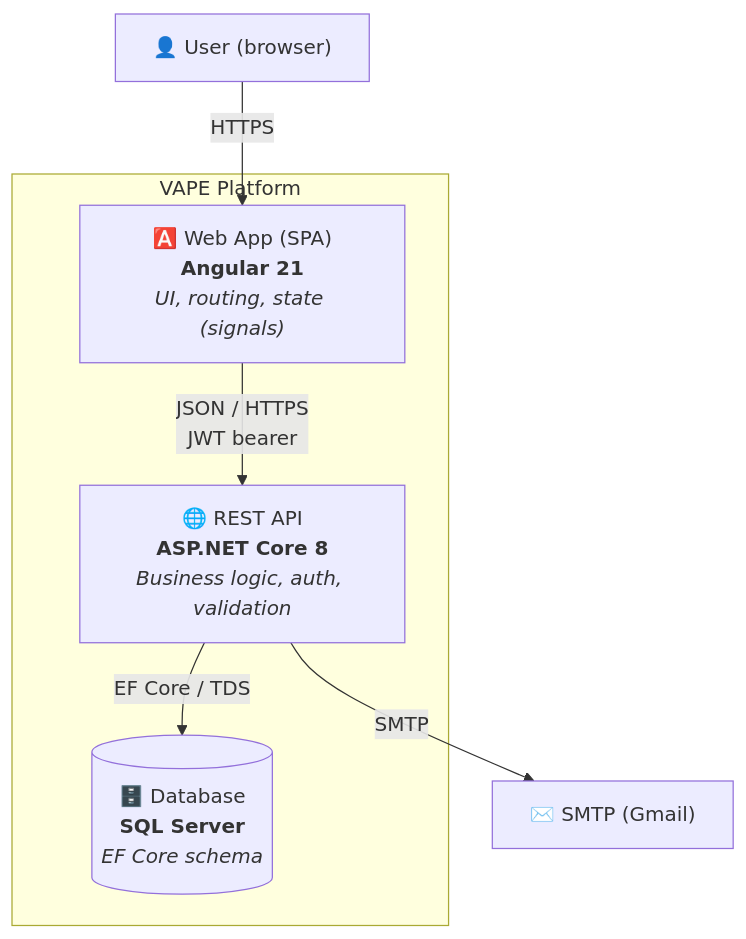
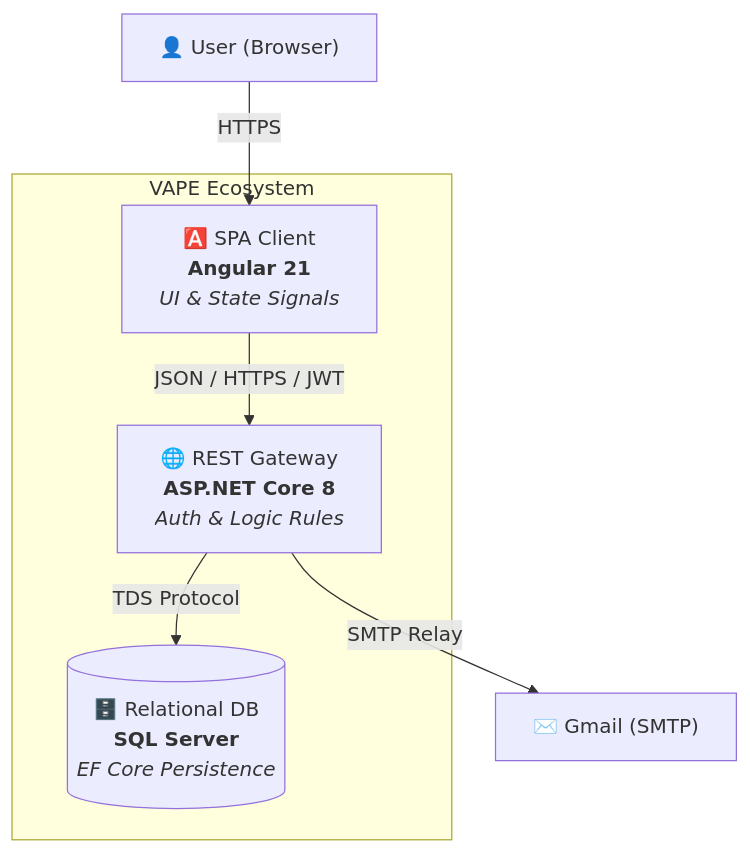
The second of 5 diagrams in ARCHITECTURE-C4.md (Redened/ITStepFinal), drawn with Mermaid before and after one commit. The commit also changed other lines of this file and 12 other files, not shown here.

````diff
--- a/ARCHITECTURE-C4.md
+++ b/ARCHITECTURE-C4.md
@@ -49,17 +34,17 @@
 ```mermaid
 graph TD
-    user["👤 User (browser)"]
+    user["👤 User (Browser)"]
 
-    subgraph platform["VAPE Platform"]
-        spa["🅰️ Web App (SPA)<br/><b>Angular 21</b><br/><i>UI, routing, state (signals)</i>"]
-        api["🌐 REST API<br/><b>ASP.NET Core 8</b><br/><i>Business logic, auth, validation</i>"]
-        db[("🗄️ Database<br/><b>SQL Server</b><br/><i>EF Core schema</i>")]
+    subgraph platform["VAPE Ecosystem"]
+        spa["🅰️ SPA Client<br/><b>Angular 21</b><br/><i>UI & State Signals</i>"]
+        api["🌐 REST Gateway<br/><b>ASP.NET Core 8</b><br/><i>Auth & Logic Rules</i>"]
+        db[("🗄️ Relational DB<br/><b>SQL Server</b><br/><i>EF Core Persistence</i>")]
     end
 
-    smtp["✉️ SMTP (Gmail)"]
+    smtp["✉️ Gmail (SMTP)"]
 
     user -->|"HTTPS"| spa
-    spa -->|"JSON / HTTPS<br/>JWT bearer"| api
-    api -->|"EF Core / TDS"| db
-    api -->|"SMTP"| smtp
+    spa -->|"JSON / HTTPS / JWT"| api
+    api -->|"TDS Protocol"| db
+    api -->|"SMTP Relay"| smtp
 ```
````
